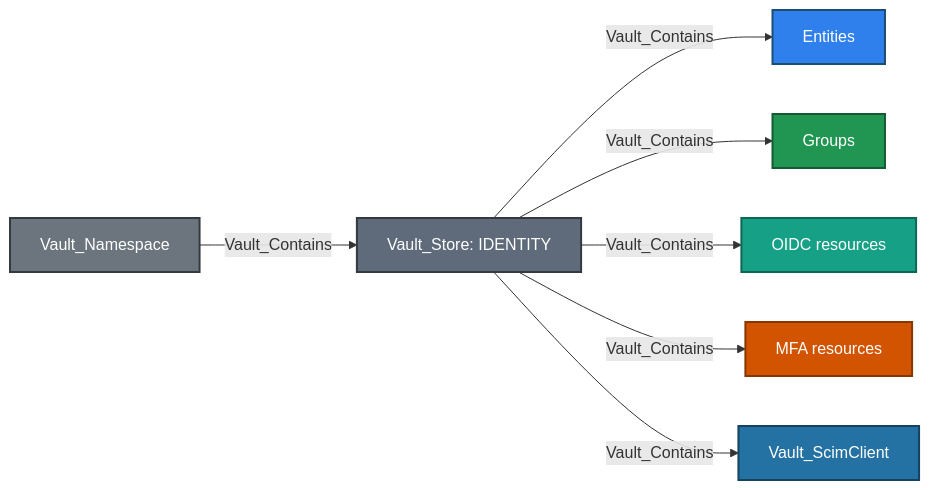
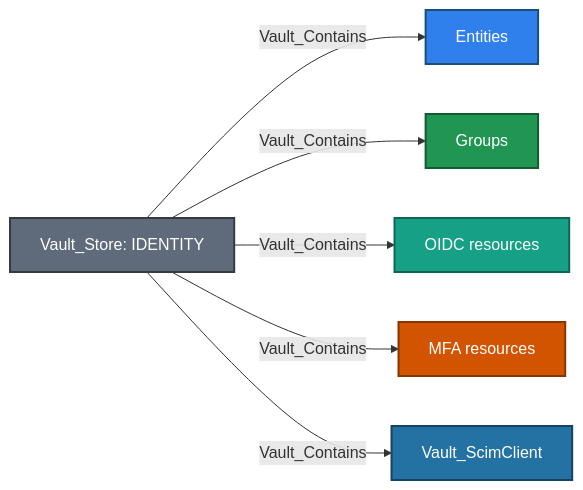
One commit to bytewreck/opengraph-vault changed the first of 14 diagrams in Documentation/stores/IDENTITY.md. Above: the diagram before and after it, drawn with Mermaid. The commit also changed other lines of this file, not shown here.

````diff
--- a/Documentation/stores/IDENTITY.md
+++ b/Documentation/stores/IDENTITY.md
@@ -24,17 +24,15 @@
 ```mermaid
 flowchart LR
-    namespace[Vault_Namespace]:::namespaceNode -->|Vault_Contains| store[Vault_Store: IDENTITY]:::storeNode
-    store -->|Vault_Contains| entity[Entities]:::entityNode
+    store[Vault_Store: IDENTITY]:::storeNode -->|Vault_Contains| entity[Entities]:::entityNode
     store -->|Vault_Contains| group[Groups]:::groupNode
     store -->|Vault_Contains| oidc[OIDC resources]:::oidcNode
     store -->|Vault_Contains| mfa[MFA resources]:::mfaNode
     store -->|Vault_Contains| scim[Vault_ScimClient]:::scimNode
 
-    classDef namespaceNode fill:#6C757D,color:#fff,stroke:#343A40,stroke-width:2px
     classDef storeNode fill:#5F6B7A,color:#fff,stroke:#343A40,stroke-width:2px
     classDef entityNode fill:#2F80ED,color:#fff,stroke:#1B4F72,stroke-width:2px
     classDef groupNode fill:#219653,color:#fff,stroke:#145A32,stroke-width:2px
     classDef oidcNode fill:#16A085,color:#fff,stroke:#0E6655,stroke-width:2px
     classDef mfaNode fill:#D35400,color:#fff,stroke:#873600,stroke-width:2px
     classDef scimNode fill:#2471A3,color:#fff,stroke:#154360,stroke-width:2px
 ```
````
